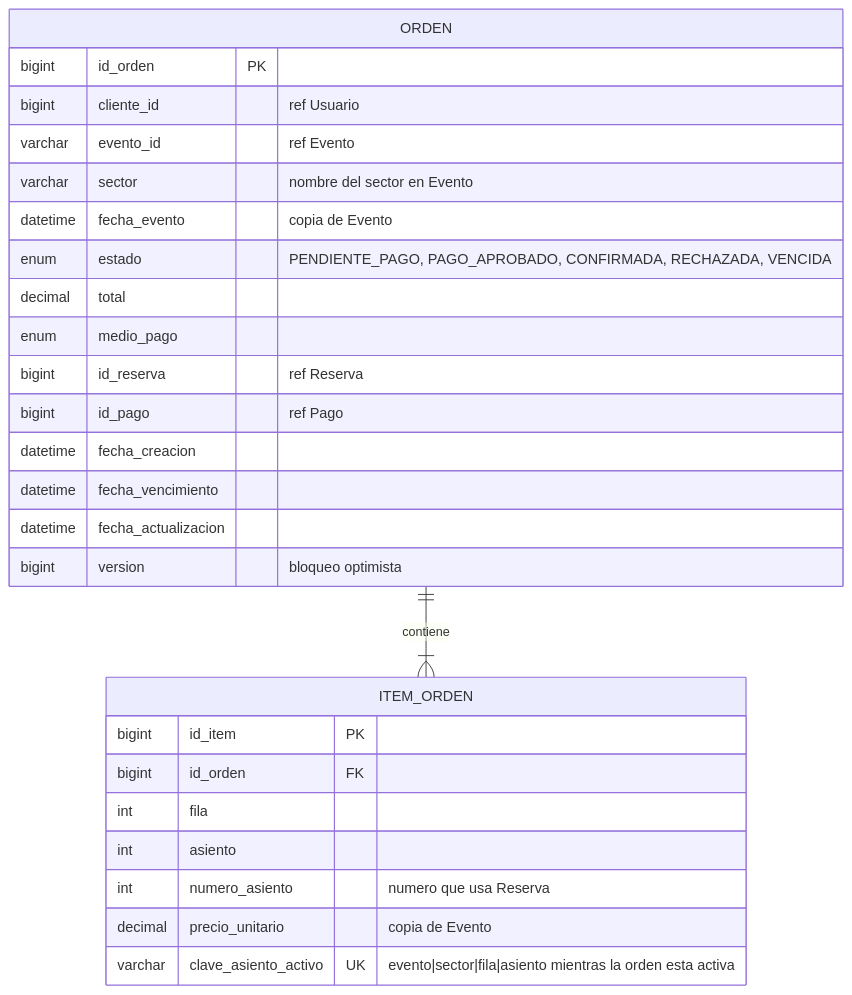
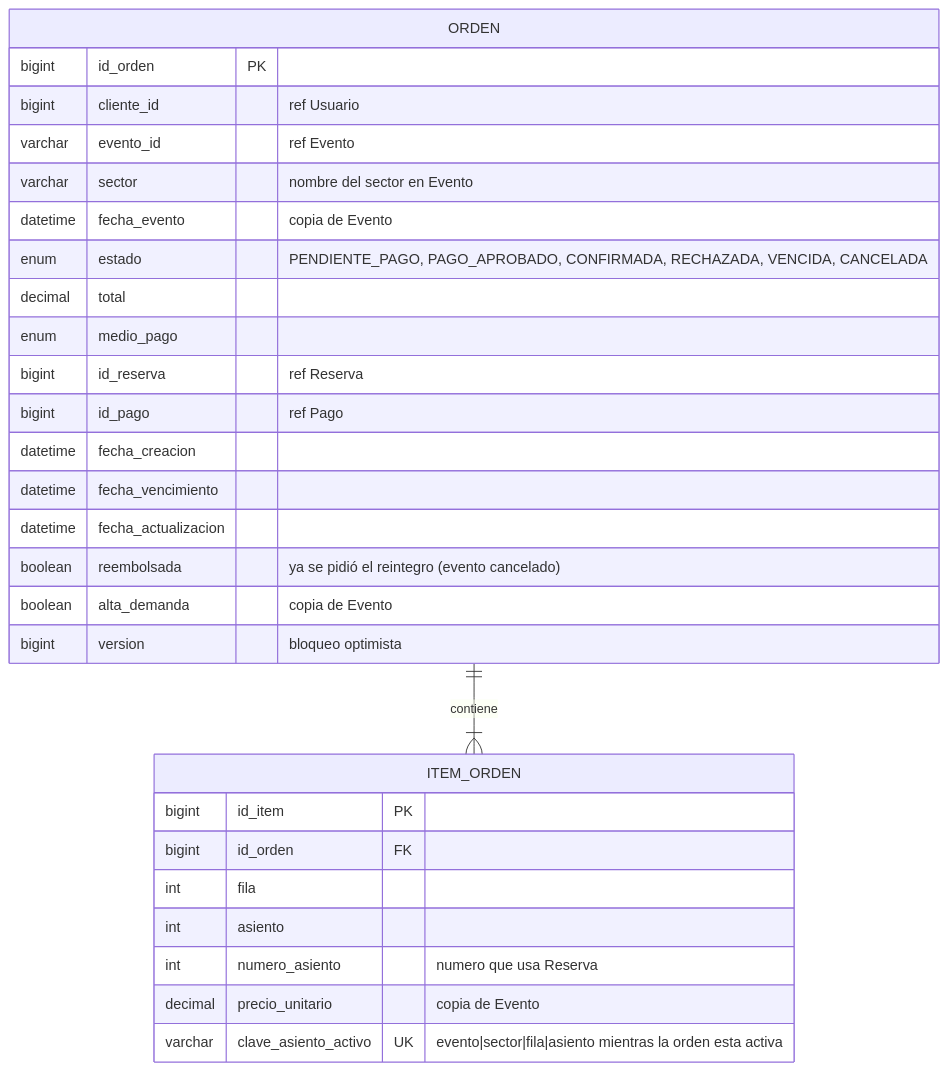
The fourth of 10 diagrams in SistemaTicketYa/docs/diagramas.md (gonsalomon/TPs-Arquitecturas-Web), drawn with Mermaid before and after one commit. The commit also changed other lines of this file and 41 other files, not shown here.

````diff
--- a/SistemaTicketYa/docs/diagramas.md
+++ b/SistemaTicketYa/docs/diagramas.md
@@ -161,30 +203,32 @@
 ```mermaid
 erDiagram
     ORDEN ||--|{ ITEM_ORDEN : "contiene"
 
     ORDEN {
         bigint id_orden PK
         bigint cliente_id "ref Usuario"
         varchar evento_id "ref Evento"
         varchar sector "nombre del sector en Evento"
         datetime fecha_evento "copia de Evento"
-        enum estado "PENDIENTE_PAGO, PAGO_APROBADO, CONFIRMADA, RECHAZADA, VENCIDA"
+        enum estado "PENDIENTE_PAGO, PAGO_APROBADO, CONFIRMADA, RECHAZADA, VENCIDA, CANCELADA"
         decimal total
         enum medio_pago
         bigint id_reserva "ref Reserva"
         bigint id_pago "ref Pago"
         datetime fecha_creacion
         datetime fecha_vencimiento
         datetime fecha_actualizacion
+        boolean reembolsada "ya se pidió el reintegro (evento cancelado)"
+        boolean alta_demanda "copia de Evento"
         bigint version "bloqueo optimista"
     }
     ITEM_ORDEN {
         bigint id_item PK
         bigint id_orden FK
         int fila
         int asiento
         int numero_asiento "numero que usa Reserva"
         decimal precio_unitario "copia de Evento"
         varchar clave_asiento_activo UK "evento|sector|fila|asiento mientras la orden esta activa"
     }
 ```
````
